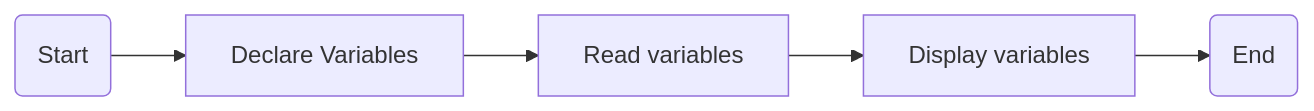
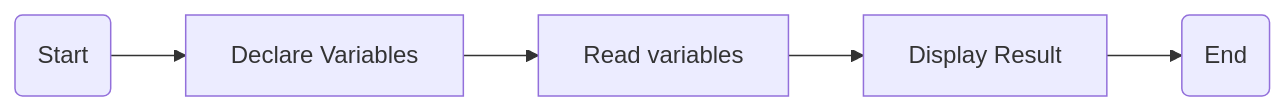
The diagram in docs/codepoint/striver_a2z_dsa_sheet_solution/step01/step1.1/User_Input-Output.md (PrepVerse/CodePoint), drawn with Mermaid before and after one commit. The commit also changed 6 other files, not shown here.

````diff
--- a/docs/codepoint/striver_a2z_dsa_sheet_solution/step01/step1.1/User_Input-Output.md
+++ b/docs/codepoint/striver_a2z_dsa_sheet_solution/step01/step1.1/User_Input-Output.md
@@ -1,7 +1,7 @@
 ``` mermaid
 graph LR
   A(Start) --> B[Declare Variables];
   B --> C[Read variables];
-  C --> D[Display variables];
+  C --> D[Display Result];
   D --> E(End);
 ```
````
